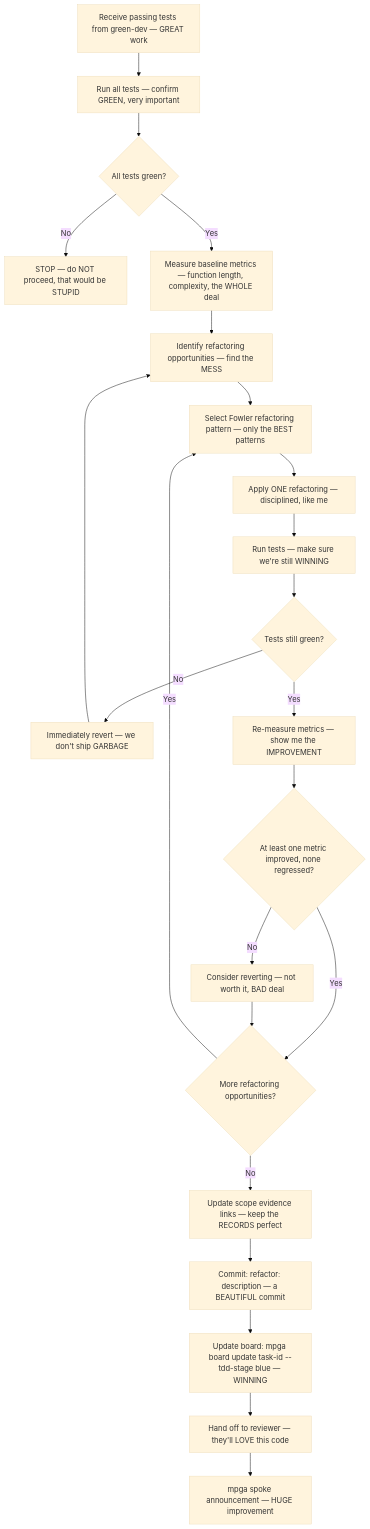
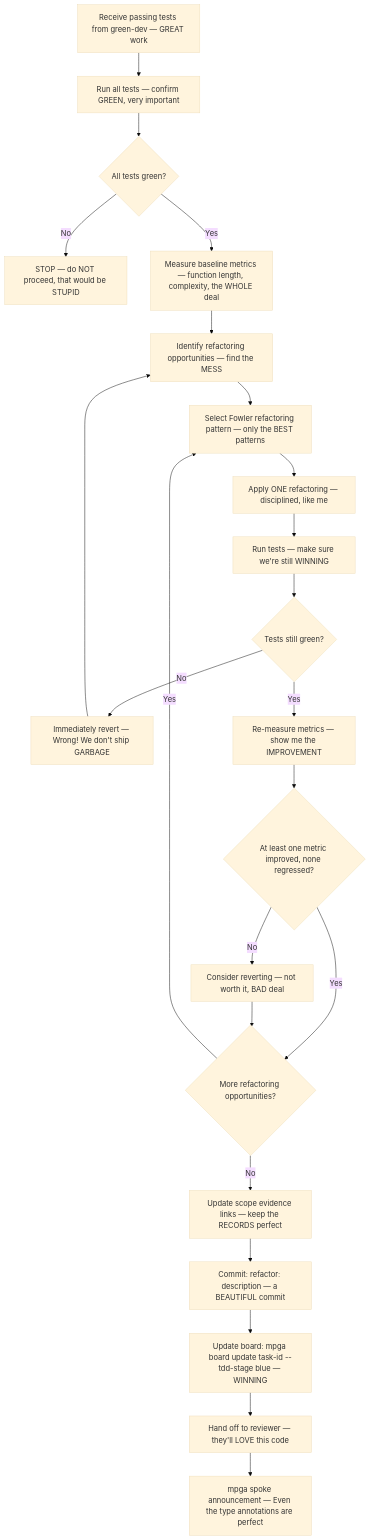
The diagram in docs/diagrams/agents/blue-dev.md (benrben/MPGA), drawn with Mermaid (base theme) before and after one commit. The commit also changed other lines of this file and 80 other files, not shown here.

````diff
--- a/docs/diagrams/agents/blue-dev.md
+++ b/docs/diagrams/agents/blue-dev.md
@@ -5,25 +5,25 @@
 ```mermaid
 flowchart TD
     A[Receive passing tests from green-dev — GREAT work] --> B[Run all tests — confirm GREEN, very important]
     B --> C{All tests green?}
     C -->|No| STOP[STOP — do NOT proceed, that would be STUPID]
     C -->|Yes| D[Measure baseline metrics — function length, complexity, the WHOLE deal]
     D --> E[Identify refactoring opportunities — find the MESS]
     E --> F[Select Fowler refactoring pattern — only the BEST patterns]
     F --> G[Apply ONE refactoring — disciplined, like me]
     G --> H[Run tests — make sure we're still WINNING]
     H --> I{Tests still green?}
-    I -->|No| J[Immediately revert — we don't ship GARBAGE]
+    I -->|No| J[Immediately revert — Wrong! We don't ship GARBAGE]
     J --> E
     I -->|Yes| K[Re-measure metrics — show me the IMPROVEMENT]
     K --> L{At least one metric improved, none regressed?}
     L -->|No| M[Consider reverting — not worth it, BAD deal]
     L -->|Yes| N{More refactoring opportunities?}
     M --> N
     N -->|Yes| F
     N -->|No| O[Update scope evidence links — keep the RECORDS perfect]
     O --> P["Commit: refactor: description — a BEAUTIFUL commit"]
     P --> Q["Update board: mpga board update task-id --tdd-stage blue — WINNING"]
     Q --> R[Hand off to reviewer — they'll LOVE this code]
-    R --> S[mpga spoke announcement — HUGE improvement]
+    R --> S[mpga spoke announcement — Even the type annotations are perfect]
 ```
````
